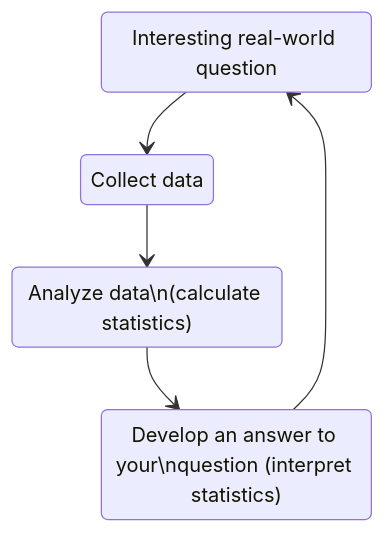
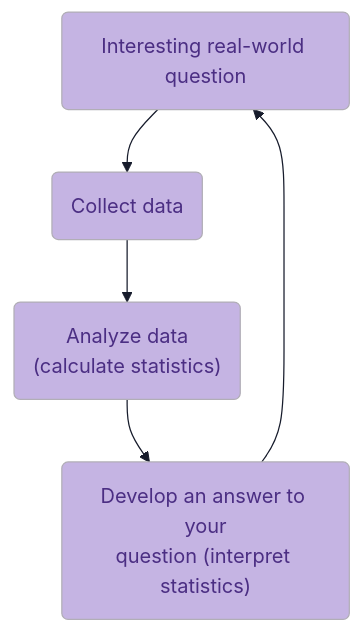
One commit to vsass/SOC221 changed the first of 6 diagrams in Lectures/lecture1.qmd. Above: the diagram before and after it, drawn with Mermaid. The commit also changed other lines of this file and 26 other files, not shown here.

````diff
--- a/Lectures/lecture1.qmd
+++ b/Lectures/lecture1.qmd
@@ -188,18 +202,19 @@
 ```{mermaid}
 %%| echo: false
-%%| fig-responsive: false
-%%| fig-height: 10
-
-stateDiagram-v2
-    s1 : Interesting real-world question
-    s2 : Collect data
-    s3 : Analyze data\n(calculate statistics)
-    s4: Develop an answer to your\nquestion (interpret statistics)
-    
-    s1 --> s2
-    s2 --> s3
-    s3 --> s4
-
-    s4 --> s1
-    
+%%| fig-height: 6
+%%| fig-width: 5
+%%| fig-align: left
+%%{
+  init: {
+    'theme': 'base',
+    'themeVariables': {
+      'background': '#e8e3d3',
+      'primaryColor': '#c5b4e3',
+      'primaryTextColor': '#4b2e83'
+    }
+  }
+}%%
+flowchart TB
+    id1(Interesting real-world question) --> id2(Collect data) --> id3("Analyze data\n(calculate statistics)") --> id4("Develop an answer to your\nquestion (interpret statistics)")
+    id4 --> id1
 ```
````
